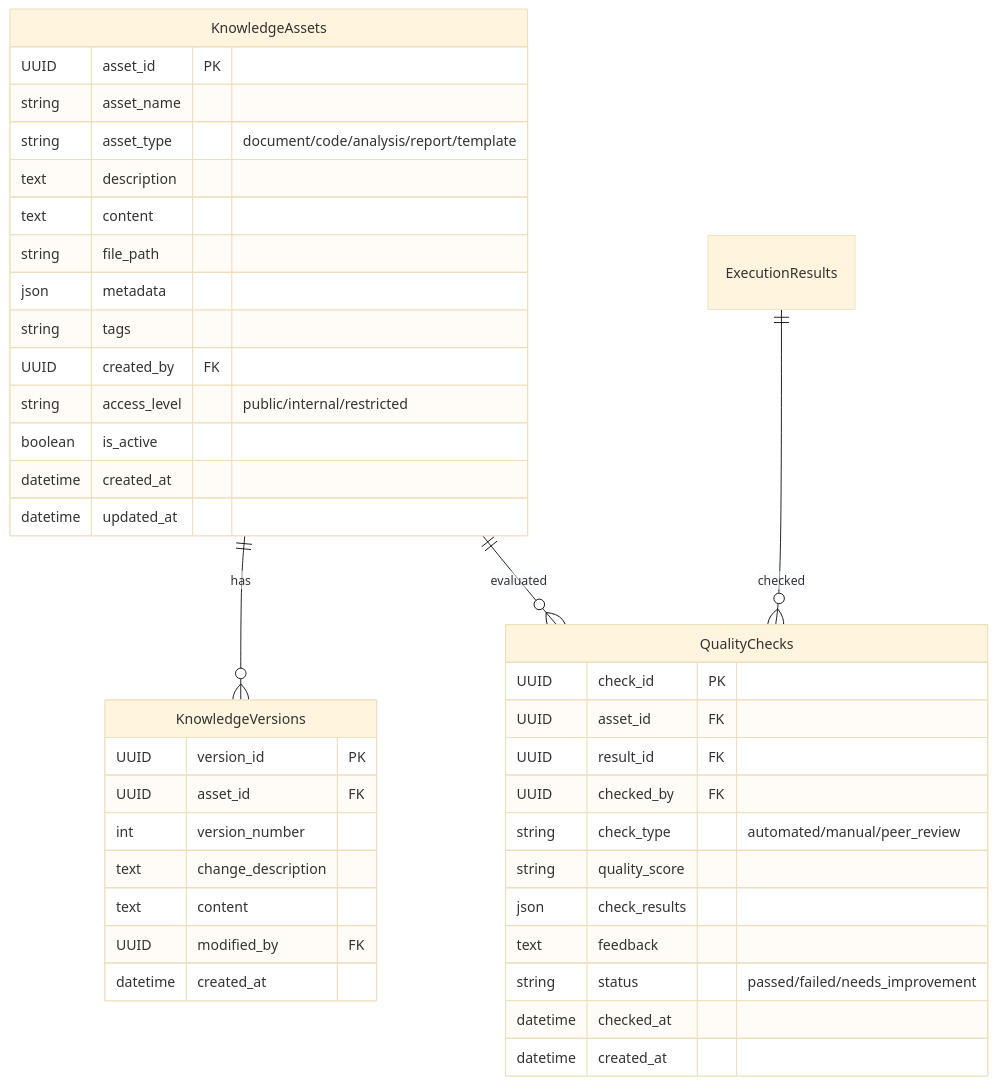
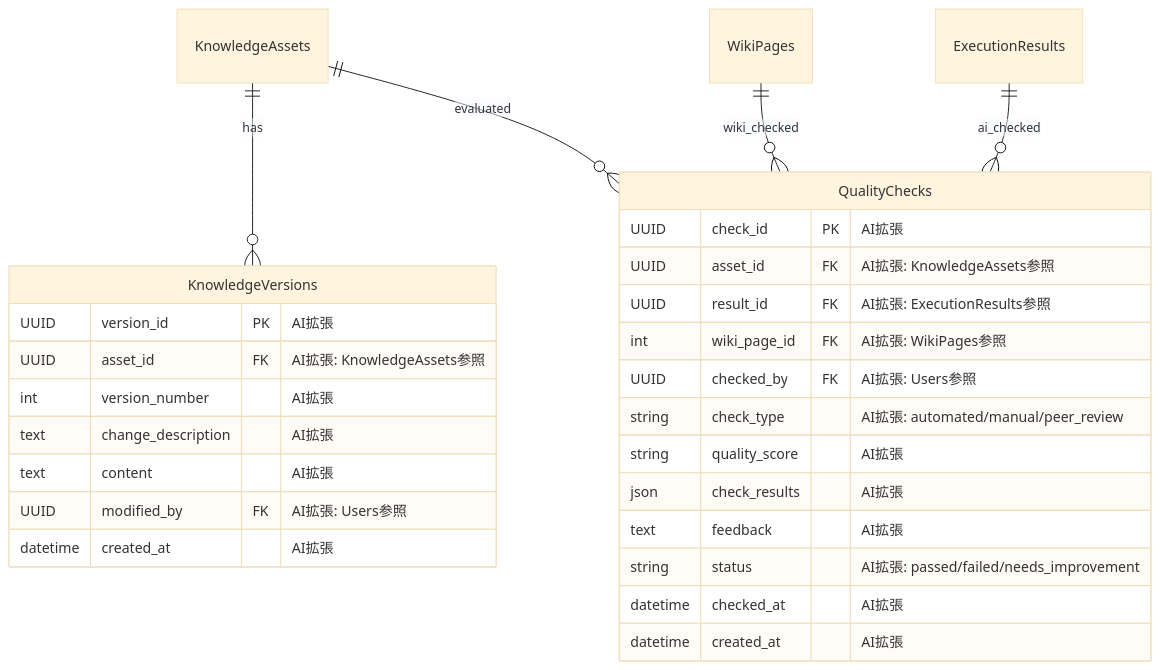
Diagram 12 of 16 in docs/030000_設計/035000_データ設計/035010_ER図.md (daichiTAAA/AgentOpsPlatform), drawn with Mermaid (base theme) before and after one commit. The commit also changed other lines of this file, not shown here.

````diff
--- a/docs/030000_設計/035000_データ設計/035010_ER図.md
+++ b/docs/030000_設計/035000_データ設計/035010_ER図.md
@@ -614,46 +707,33 @@
 ```mermaid
 erDiagram
-    KnowledgeAssets {
-        UUID asset_id PK
-        string asset_name
-        string asset_type "document/code/analysis/report/template"
-        text description
-        text content
-        string file_path
-        json metadata
-        string tags
-        UUID created_by FK
-        string access_level "public/internal/restricted"
-        boolean is_active
-        datetime created_at
-        datetime updated_at
+    QualityChecks {
+        UUID check_id PK "AI拡張"
+        UUID asset_id FK "AI拡張: KnowledgeAssets参照"
+        UUID result_id FK "AI拡張: ExecutionResults参照"
+        int wiki_page_id FK "AI拡張: WikiPages参照"
+        UUID checked_by FK "AI拡張: Users参照"
+        string check_type "AI拡張: automated/manual/peer_review"
+        string quality_score "AI拡張"
+        json check_results "AI拡張"
+        text feedback "AI拡張"
+        string status "AI拡張: passed/failed/needs_improvement"
+        datetime checked_at "AI拡張"
+        datetime created_at "AI拡張"
     }
     
     KnowledgeVersions {
-        UUID version_id PK
-        UUID asset_id FK
-        int version_number
-        text change_description
-        text content
-        UUID modified_by FK
-        datetime created_at
+        UUID version_id PK "AI拡張"
+        UUID asset_id FK "AI拡張: KnowledgeAssets参照"
+        int version_number "AI拡張"
+        text change_description "AI拡張"
+        text content "AI拡張"
+        UUID modified_by FK "AI拡張: Users参照"
+        datetime created_at "AI拡張"
     }
     
-    QualityChecks {
-        UUID check_id PK
-        UUID asset_id FK
-        UUID result_id FK
-        UUID checked_by FK
-        string check_type "automated/manual/peer_review"
-        string quality_score
-        json check_results
-        text feedback
-        string status "passed/failed/needs_improvement"
-        datetime checked_at
-        datetime created_at
-    }
-    
+    %% 関係性
     KnowledgeAssets ||--o{ KnowledgeVersions : has
     KnowledgeAssets ||--o{ QualityChecks : evaluated
-    ExecutionResults ||--o{ QualityChecks : checked
+    WikiPages ||--o{ QualityChecks : wiki_checked
+    ExecutionResults ||--o{ QualityChecks : ai_checked
 ```
````
